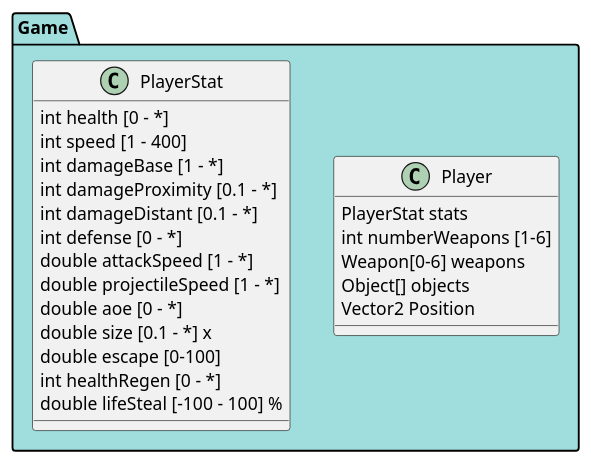
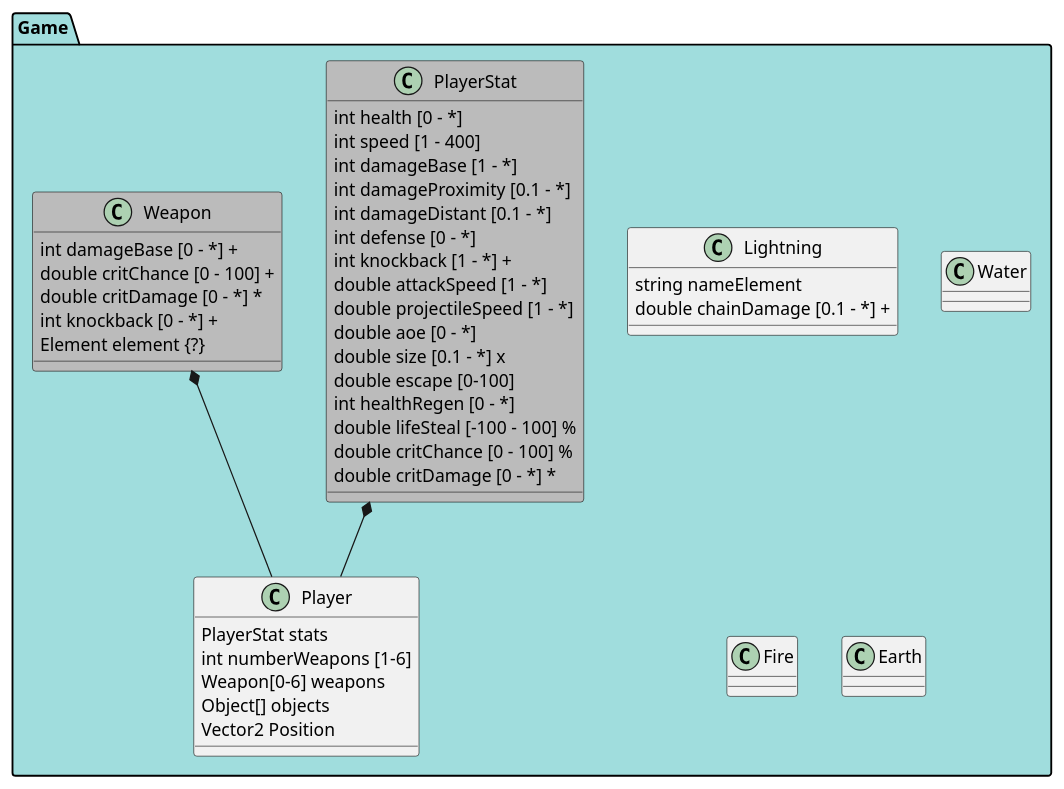
The diagram in umlDiagram/genUml.puml (RaptorG-sus/GameProjectCsharp), drawn with PlantUML before and after one commit.

Commit message:
GameUml 0.2

```diff
--- a/umlDiagram/genUml.puml
+++ b/umlDiagram/genUml.puml
@@ -1,32 +1,64 @@
 @startuml player
 
 package "Game" #A0DDDD{
 
     class Player{
         PlayerStat stats
         int numberWeapons [1-6]
         Weapon[0-6] weapons
         Object[] objects
         Vector2 Position
     }
 
-    class PlayerStat{
+    class PlayerStat #BBBBBB{
         int health [0 - *]
         int speed [1 - 400] 
         int damageBase [1 - *] 
         int damageProximity [0.1 - *] 
         int damageDistant [0.1 - *] 
         int defense [0 - *] 
+        int knockback [1 - *] +
         double attackSpeed [1 - *] 
         double projectileSpeed [1 - *] 
         double aoe [0 - *]
         double size [0.1 - *] x
         double escape [0-100]
         int healthRegen [0 - *]
         double lifeSteal [-100 - 100] % 
+        double critChance [0 - 100] %
+        double critDamage [0 - *] *
     }
+
+    class Weapon #BBBBBB{
+        int damageBase [0 - *] +
+        double critChance [0 - 100] +
+        double critDamage [0 - *] *
+        int knockback [0 - *] +
+        Element element {?}
+    }
+
+    class Lightning {
+        string nameElement
+        double chainDamage [0.1 - *] +
+        
+    }
+
+    class Water{
+
+    }
+
+    class Fire{
+
+    }
+
+    class Earth{
+
+    }
+
+    PlayerStat *-- Player
+    Weapon *-- Player
 }
 
 
 
 @enduml
```
